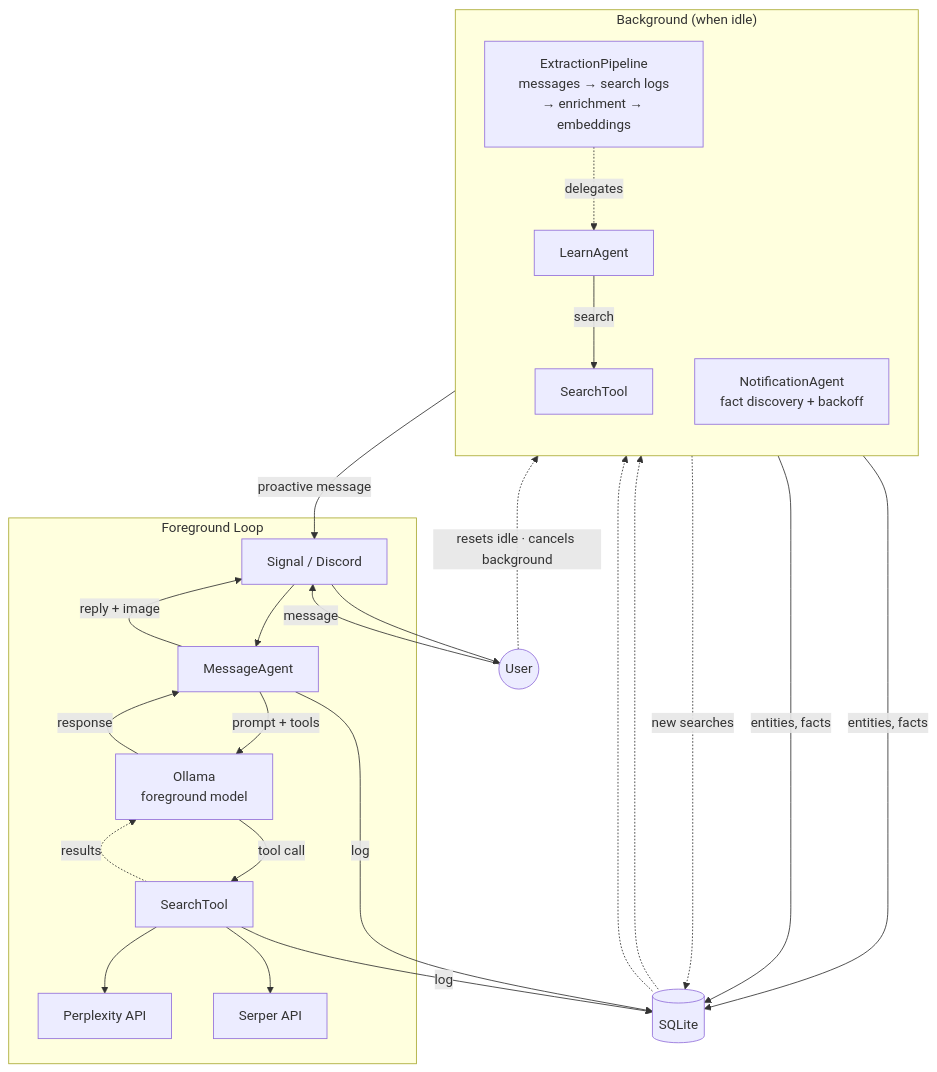
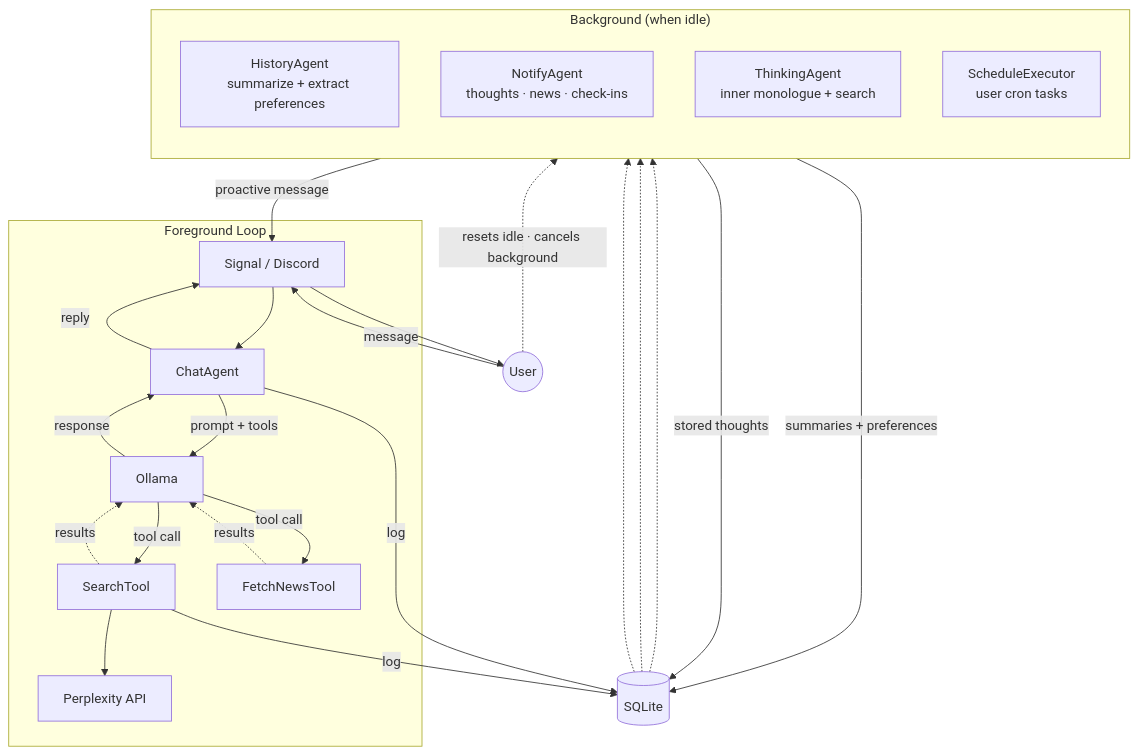
The diagram in README.md (jaredlockhart/penny), drawn with Mermaid before and after one commit. The commit also changed other lines of this file and 8 other files, not shown here.

First line of the commit message:
Audit and update all documentation, remove foreground/background model split

````diff
--- a/README.md
+++ b/README.md
@@ -75,32 +68,33 @@
 ```mermaid
 flowchart TD
     User((User)) -->|message| Channel[Signal / Discord]
 
     subgraph Foreground["Foreground Loop"]
-        Channel --> MA[MessageAgent]
-        MA -->|"prompt + tools"| FG["Ollama<br>foreground model"]
-        FG -->|tool call| Search[SearchTool]
+        Channel --> CA[ChatAgent]
+        CA -->|"prompt + tools"| LLM["Ollama"]
+        LLM -->|tool call| Search[SearchTool]
+        LLM -->|tool call| News[FetchNewsTool]
         Search --> Perplexity[Perplexity API]
-        Search --> Serper[Serper API]
-        Search -.->|results| FG
-        FG -->|response| MA
+        Search -.->|results| LLM
+        News -.->|results| LLM
+        LLM -->|response| CA
     end
 
-    MA -->|reply + image| Channel --> User
-    MA & Search -->|log| DB[(SQLite)]
+    CA -->|reply| Channel --> User
+    CA & Search -->|log| DB[(SQLite)]
 
     subgraph Background["Background (when idle)"]
         direction TB
-        Extract["ExtractionPipeline<br>messages → search logs<br>→ enrichment → embeddings"]
-        Learn[LearnAgent] -->|search| Search2[SearchTool]
-        Extract -.->|delegates| Learn
-        Notify["NotificationAgent<br>fact discovery + backoff"]
+        History["HistoryAgent<br>summarize + extract preferences"]
+        Notify["NotifyAgent<br>thoughts · news · check-ins"]
+        Think["ThinkingAgent<br>inner monologue + search"]
+        SE["ScheduleExecutor<br>user cron tasks"]
     end
 
-    DB -.-> Extract & Notify
-    Extract & Notify -->|entities, facts| DB
+    DB -.-> History & Notify & Think
+    History -->|"summaries + preferences"| DB
+    Think -->|"stored thoughts"| DB
     Notify -->|proactive message| Channel
-    Search2 -.->|new searches| DB
 
     User -.->|"resets idle · cancels background"| Background
 ```
````
